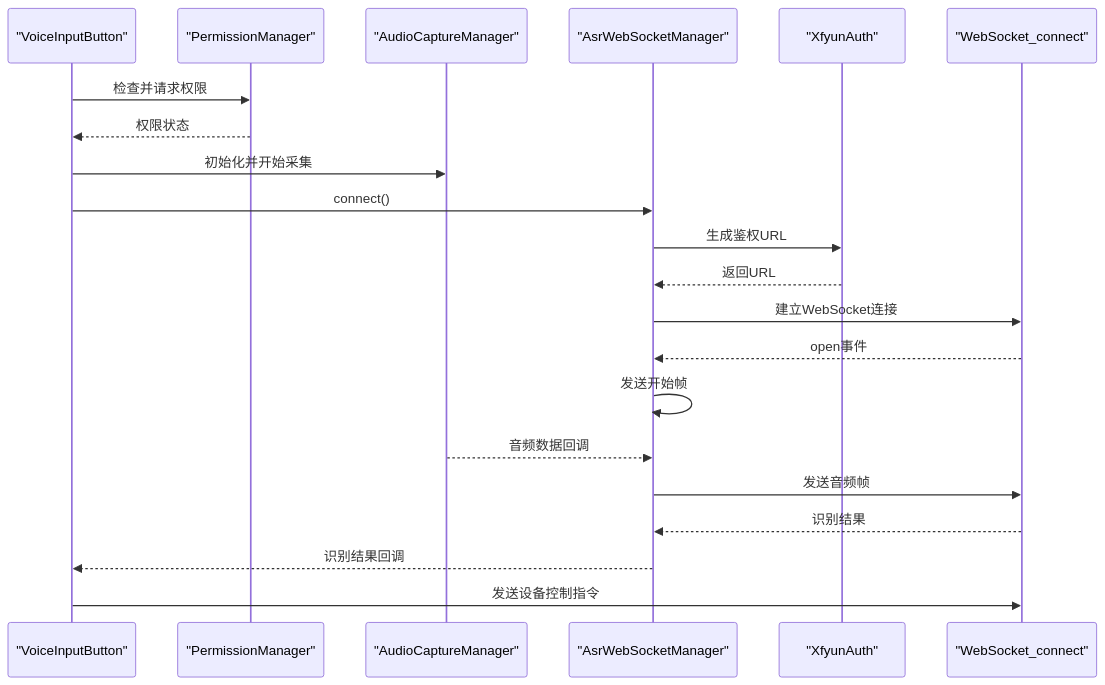
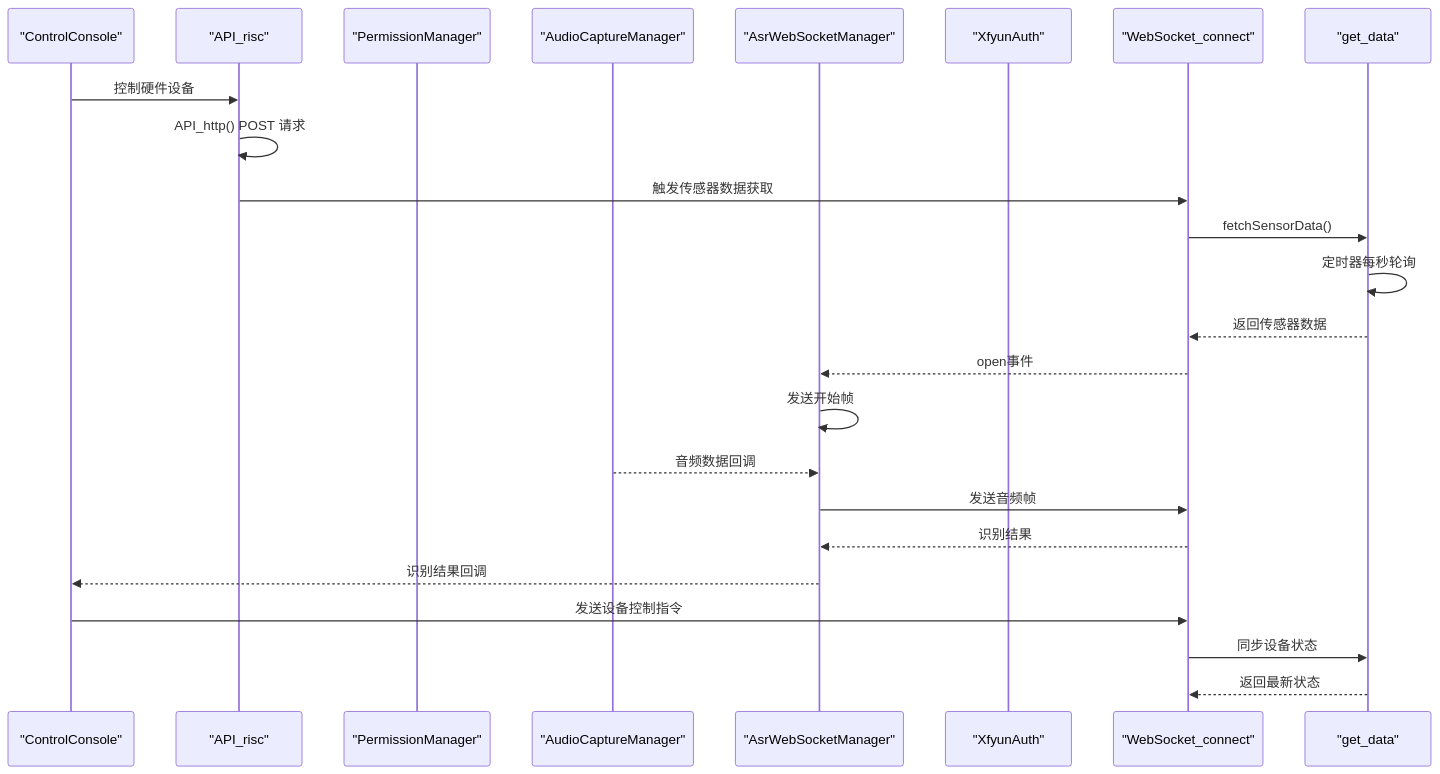
One commit to Neonrey-hub/SmartController changed the second of 8 diagrams in .qoder/repowiki/zh/content/设备通信系统/设备通信系统.md. Above: the diagram before and after it, drawn with Mermaid. The commit also changed other lines of this file and 16 other files, not shown here.

````diff
--- a/.qoder/repowiki/zh/content/设备通信系统/设备通信系统.md
+++ b/.qoder/repowiki/zh/content/设备通信系统/设备通信系统.md
@@ -122,23 +150,26 @@
 ```mermaid
 sequenceDiagram
-participant UI as "VoiceInputButton"
+participant UI as "ControlConsole"
+participant API as "API_risc"
 participant Perm as "PermissionManager"
 participant Mic as "AudioCaptureManager"
 participant ASR as "AsrWebSocketManager"
 participant Auth as "XfyunAuth"
 participant WS as "WebSocket_connect"
-UI->>Perm : 检查并请求权限
-Perm-->>UI : 权限状态
-UI->>Mic : 初始化并开始采集
-UI->>ASR : connect()
-ASR->>Auth : 生成鉴权URL
-Auth-->>ASR : 返回URL
-ASR->>WS : 建立WebSocket连接
+participant GetData as "get_data"
+UI->>API : 控制硬件设备
+API->>API : API_http() POST 请求
+API->>WS : 触发传感器数据获取
+WS->>GetData : fetchSensorData()
+GetData->>GetData : 定时器每秒轮询
+GetData-->>WS : 返回传感器数据
 WS-->>ASR : open事件
 ASR->>ASR : 发送开始帧
 Mic-->>ASR : 音频数据回调
 ASR->>WS : 发送音频帧
 WS-->>ASR : 识别结果
 ASR-->>UI : 识别结果回调
 UI->>WS : 发送设备控制指令
+WS->>GetData : 同步设备状态
+GetData-->>WS : 返回最新状态
 ```
````
